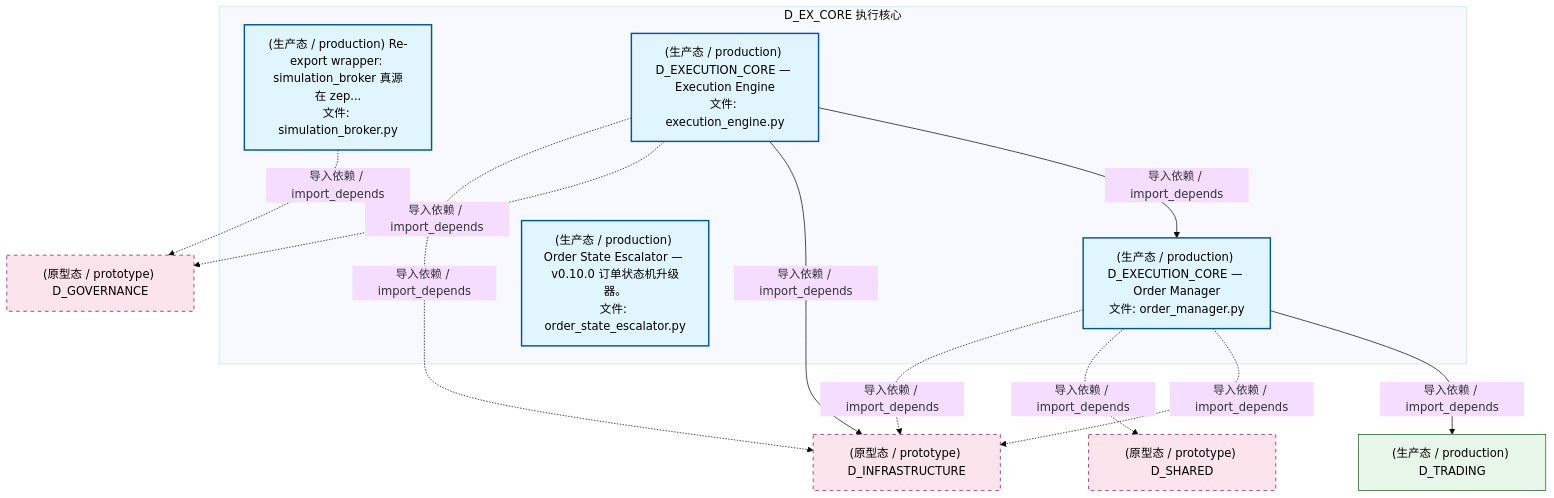
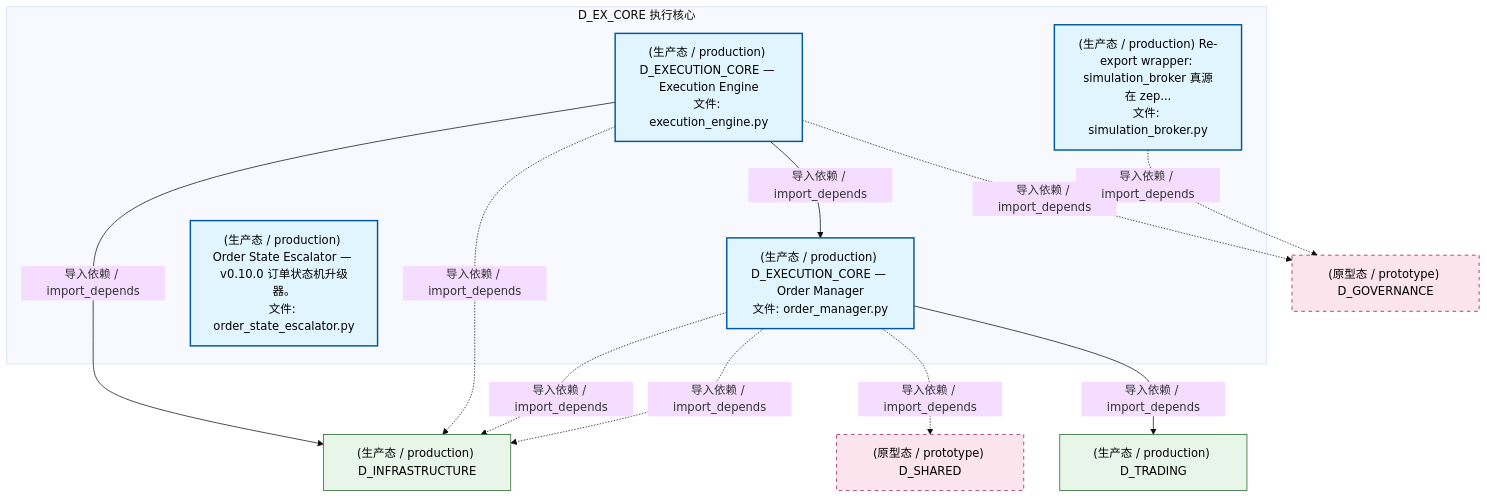
The second of 5 diagrams in docs/02_enterprise_architecture/02_domain_architecture_docs/34_d_ex_core.md (xuanFelixVan/ZephyrAlpha), drawn with Mermaid (base theme) before and after one commit. The commit also changed other lines of this file and 97 other files, not shown here.

````diff
--- a/docs/02_enterprise_architecture/02_domain_architecture_docs/34_d_ex_core.md
+++ b/docs/02_enterprise_architecture/02_domain_architecture_docs/34_d_ex_core.md
@@ -126,29 +126,29 @@
 ```mermaid
 graph TD
     subgraph D_EX_CORE["D_EX_CORE 执行核心"]
         src_zephyr_ex_core_adapters_simulation_broker_py["(生产态 / production) Re-export wrapper: simulation_broker 真源在 zep...<br/>文件: simulation_broker.py"]
         src_zephyr_ex_core_execution_engine_py["(生产态 / production) D_EXECUTION_CORE — Execution Engine<br/>文件: execution_engine.py"]
         src_zephyr_ex_core_order_manager_py["(生产态 / production) D_EXECUTION_CORE — Order Manager<br/>文件: order_manager.py"]
         src_zephyr_governance_escalation_order_state_escalator_py["(生产态 / production) Order State Escalator — v0.10.0 订单状态机升级器。<br/>文件: order_state_escalator.py"]
     end
     src_zephyr_ex_core_execution_engine_py -->|导入依赖 / import_depends| src_zephyr_ex_core_order_manager_py
-    D_TRADING["(生产态 / production) D_TRADING"]
-    src_zephyr_ex_core_order_manager_py -->|导入依赖 / import_depends| D_TRADING
-    D_INFRASTRUCTURE["(原型态 / prototype) D_INFRASTRUCTURE"]
+    D_INFRASTRUCTURE["(生产态 / production) D_INFRASTRUCTURE"]
+    src_zephyr_ex_core_execution_engine_py -->|导入依赖 / import_depends| D_INFRASTRUCTURE
+    D_GOVERNANCE["(原型态 / prototype) D_GOVERNANCE"]
+    src_zephyr_ex_core_execution_engine_py -.->|导入依赖 / import_depends| D_GOVERNANCE
+    src_zephyr_ex_core_execution_engine_py -.->|导入依赖 / import_depends| D_INFRASTRUCTURE
+    src_zephyr_ex_core_adapters_simulation_broker_py -.->|导入依赖 / import_depends| D_GOVERNANCE
     src_zephyr_ex_core_order_manager_py -.->|导入依赖 / import_depends| D_INFRASTRUCTURE
     D_SHARED["(原型态 / prototype) D_SHARED"]
     src_zephyr_ex_core_order_manager_py -.->|导入依赖 / import_depends| D_SHARED
+    D_TRADING["(生产态 / production) D_TRADING"]
+    src_zephyr_ex_core_order_manager_py -->|导入依赖 / import_depends| D_TRADING
     src_zephyr_ex_core_order_manager_py -.->|导入依赖 / import_depends| D_INFRASTRUCTURE
-    D_GOVERNANCE["(原型态 / prototype) D_GOVERNANCE"]
-    src_zephyr_ex_core_adapters_simulation_broker_py -.->|导入依赖 / import_depends| D_GOVERNANCE
-    src_zephyr_ex_core_execution_engine_py -->|导入依赖 / import_depends| D_INFRASTRUCTURE
-    src_zephyr_ex_core_execution_engine_py -.->|导入依赖 / import_depends| D_GOVERNANCE
-    src_zephyr_ex_core_execution_engine_py -.->|导入依赖 / import_depends| D_INFRASTRUCTURE
     classDef production fill:#e1f5fe,stroke:#01579b,stroke-width:2px,color:#000
     classDef design fill:#fff3e0,stroke:#e65100,stroke-width:2px,color:#000,stroke-dasharray: 5 5
     classDef external_prod fill:#e8f5e9,stroke:#1b5e20,stroke-width:1px,color:#000
     classDef external_design fill:#fce4ec,stroke:#880e4f,stroke-width:1px,color:#000,stroke-dasharray: 5 5
     class src_zephyr_ex_core_adapters_simulation_broker_py,src_zephyr_ex_core_execution_engine_py,src_zephyr_ex_core_order_manager_py,src_zephyr_governance_escalation_order_state_escalator_py production
-    class D_TRADING external_prod
-    class D_INFRASTRUCTURE,D_SHARED,D_GOVERNANCE external_design
+    class D_INFRASTRUCTURE,D_TRADING external_prod
+    class D_GOVERNANCE,D_SHARED external_design
 ```
````
